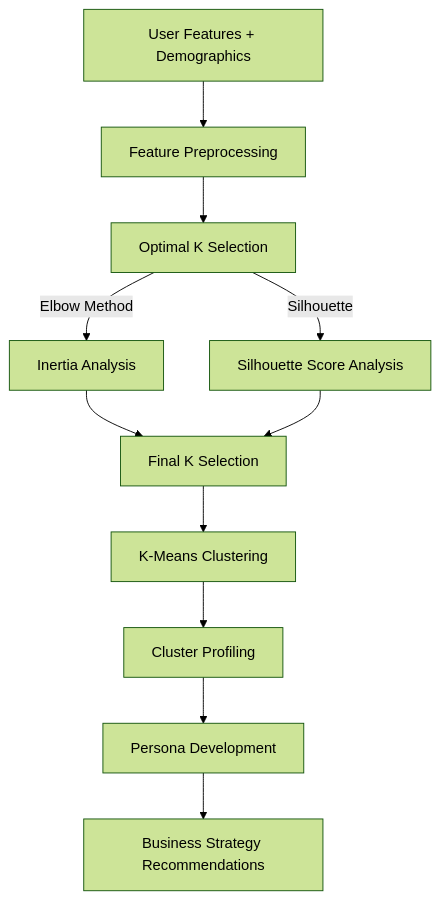
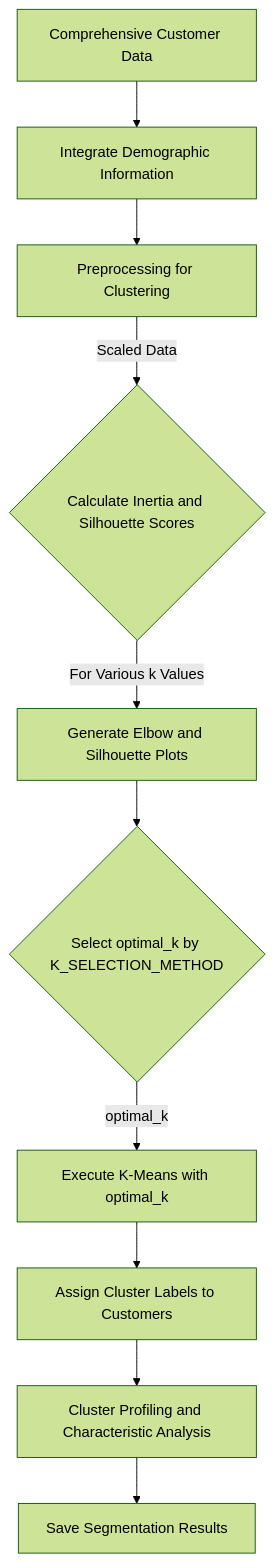
One commit to ShayNeeo/confess-crush changed the ninth of 9 diagrams in question.md. Above: the diagram before and after it, drawn with Mermaid (forest theme). The commit also changed other lines of this file, not shown here.

````diff
--- a/question.md
+++ b/question.md
@@ -162,13 +236,12 @@
 ```mermaid
 graph TD
-    A[User Features + Demographics] --> B[Feature Preprocessing]
-    B --> C[Optimal K Selection]
-    C -->|Elbow Method| D[Inertia Analysis]
-    C -->|Silhouette| E[Silhouette Score Analysis]
-    D --> F[Final K Selection]
-    E --> F
-    F --> G[K-Means Clustering]
-    G --> H[Cluster Profiling]
-    H --> I[Persona Development]
-    I --> J[Business Strategy Recommendations]
+    A[Comprehensive Customer Data] --> B[Integrate Demographic Information];
+    B --> C[Preprocessing for Clustering];
+    C -- Scaled Data --> D{Calculate Inertia and Silhouette Scores};
+    D -- For Various k Values --> E[Generate Elbow and Silhouette Plots];
+    E --> F{Select optimal_k by K_SELECTION_METHOD};
+    F -- optimal_k --> G[Execute K-Means with optimal_k];
+    G --> H[Assign Cluster Labels to Customers];
+    H --> I[Cluster Profiling and Characteristic Analysis];
+    I --> J[Save Segmentation Results];
 ```
````
